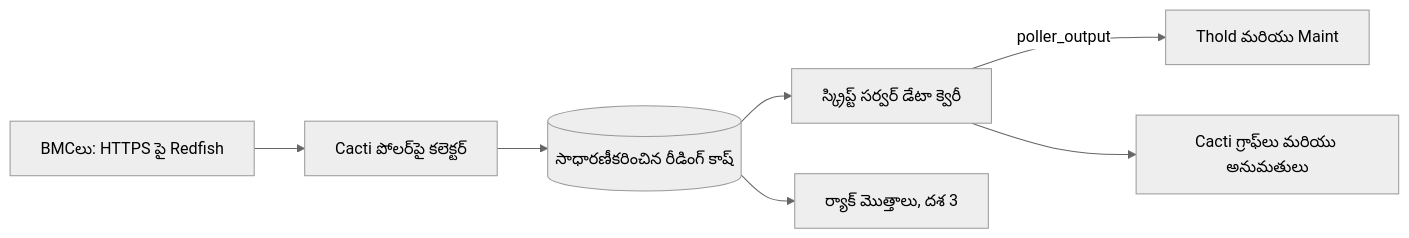
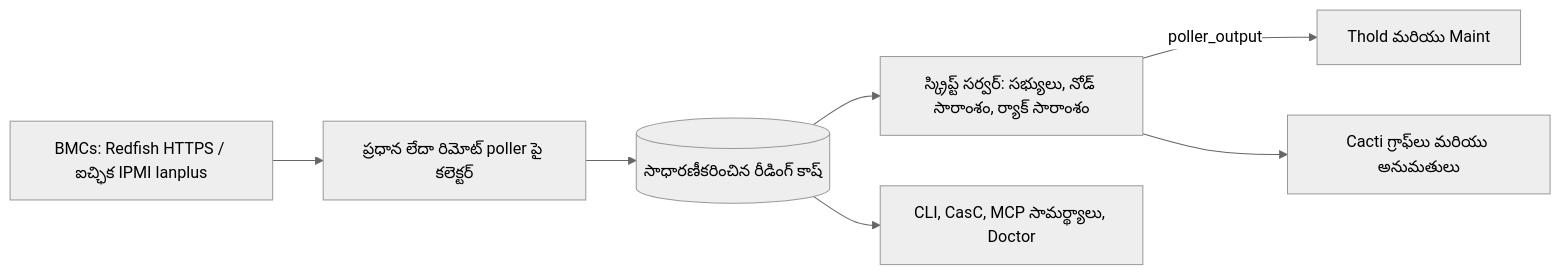
The diagram in docs/i18n/te-IN/README.md (somethingwithproof/plugin_redfish), drawn with Mermaid (neutral theme) before and after one commit. The commit also changed other lines of this file and 47 other files, not shown here.

````diff
--- a/docs/i18n/te-IN/README.md
+++ b/docs/i18n/te-IN/README.md
@@ -90,9 +140,9 @@
 ```mermaid
 flowchart LR
-    BMC["BMCలు: HTTPS పై Redfish"] --> C["Cacti పోలర్‌పై కలెక్టర్"]
+    BMC["BMCs: Redfish HTTPS / ఐచ్ఛిక IPMI lanplus"] --> C["ప్రధాన లేదా రిమోట్ poller పై కలెక్టర్"]
     C --> CACHE[("సాధారణీకరించిన రీడింగ్ కాష్")]
-    CACHE --> SS["స్క్రిప్ట్ సర్వర్ డేటా క్వెరీ"]
+    CACHE --> SS["స్క్రిప్ట్ సర్వర్: సభ్యులు, నోడ్ సారాంశం, ర్యాక్ సారాంశం"]
     SS -->|poller_output| T["Thold మరియు Maint"]
     SS --> G["Cacti గ్రాఫ్‌లు మరియు అనుమతులు"]
-    CACHE --> R["ర్యాక్ మొత్తాలు, దశ 3"]
+    CACHE --> ECO["CLI, CasC, MCP సామర్థ్యాలు, Doctor"]
 ```
````
